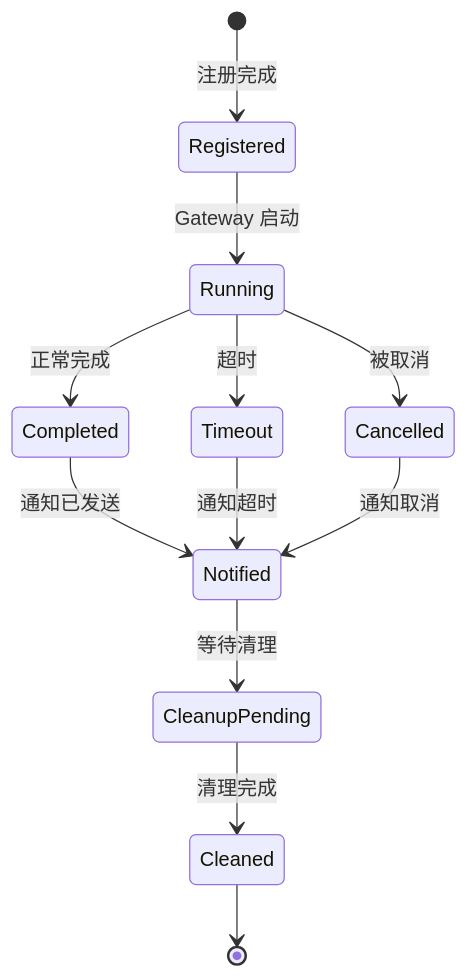
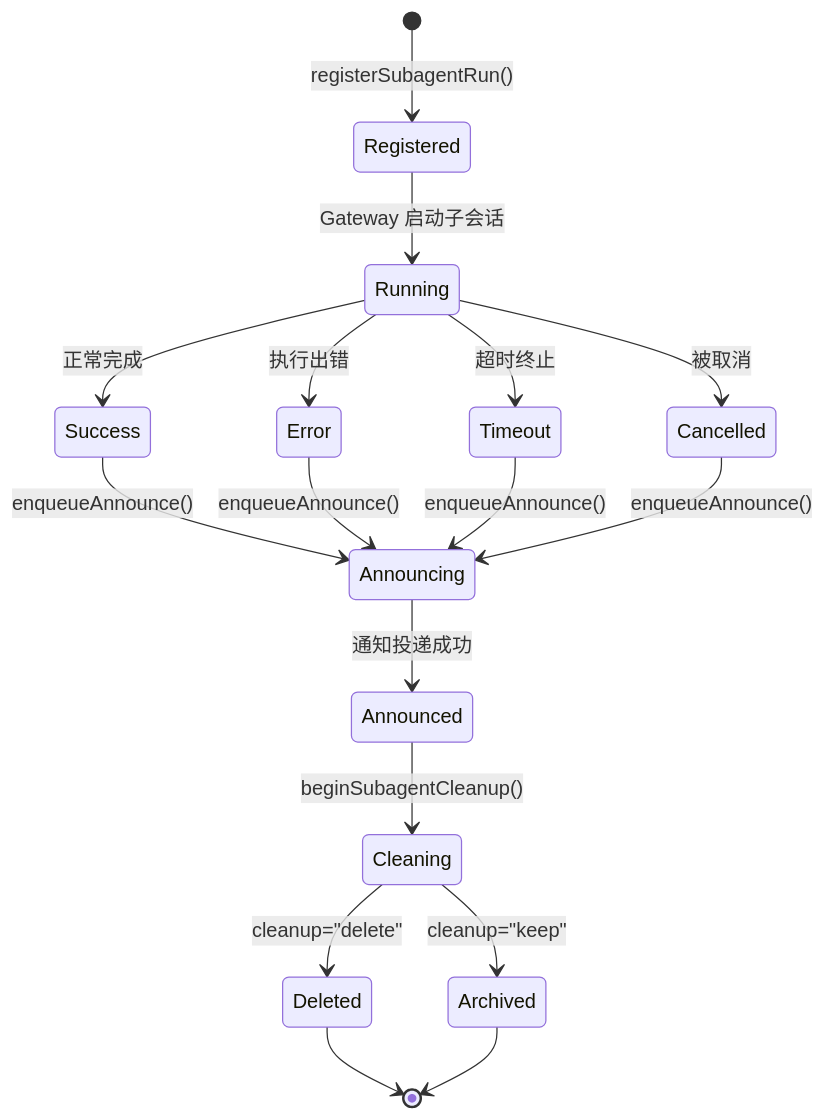
One commit to caicongyang/bloger changed the seventh of 8 diagrams in openclaw/OPENCLAW-SUBAGENTS.md. Above: the diagram before and after it, drawn with Mermaid. The commit also changed other lines of this file and 13 other files, not shown here.

````diff
--- a/openclaw/OPENCLAW-SUBAGENTS.md
+++ b/openclaw/OPENCLAW-SUBAGENTS.md
@@ -335,14 +670,26 @@
 ```mermaid
 stateDiagram-v2
-    [*] --> Registered: 注册完成
-    Registered --> Running: Gateway 启动
-    Running --> Completed: 正常完成
-    Running --> Timeout: 超时
+    [*] --> Registered: registerSubagentRun()
+
+    Registered --> Running: Gateway 启动子会话
+
+    Running --> Success: 正常完成
+    Running --> Error: 执行出错
+    Running --> Timeout: 超时终止
     Running --> Cancelled: 被取消
-    Completed --> Notified: 通知已发送
-    Notified --> CleanupPending: 等待清理
-    Timeout --> Notified: 通知超时
-    Cancelled --> Notified: 通知取消
-    CleanupPending --> Cleaned: 清理完成
-    Cleaned --> [*]
+
+    Success --> Announcing: enqueueAnnounce()
+    Error --> Announcing: enqueueAnnounce()
+    Timeout --> Announcing: enqueueAnnounce()
+    Cancelled --> Announcing: enqueueAnnounce()
+
+    Announcing --> Announced: 通知投递成功
+
+    Announced --> Cleaning: beginSubagentCleanup()
+
+    Cleaning --> Deleted: cleanup="delete"
+    Cleaning --> Archived: cleanup="keep"
+
+    Deleted --> [*]
+    Archived --> [*]
 ```
````
